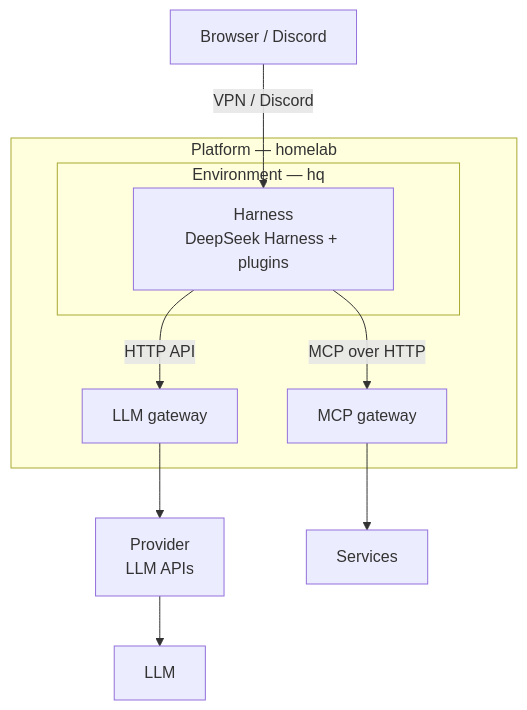
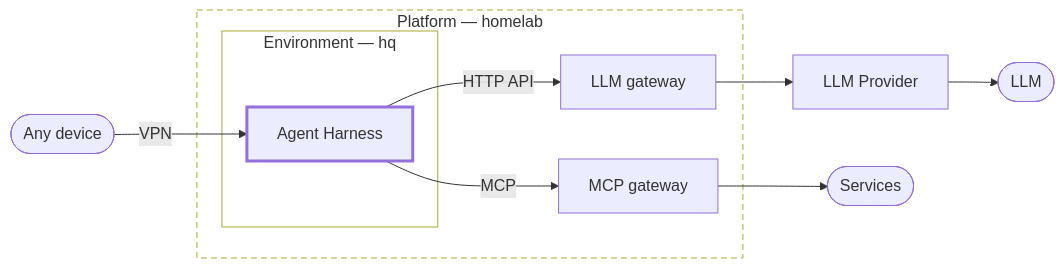
The diagram in README.en.md (shin-sakata/shin-sakata), drawn with Mermaid before and after one commit. The commit also changed 1 other file, not shown here.

Commit message:
Lay the profile diagram out horizontally with plainer labels
Flow left to right to cut the height, call the harness Agent Harness,
drop Discord from the client and its edge, and mark the harness as the
center of the diagram.

````diff
--- a/README.en.md
+++ b/README.en.md
@@ -31,20 +31,25 @@
 ```mermaid
-flowchart TB
-  client["Browser / Discord"]
+flowchart LR
+  client(["Any device"])
 
   subgraph platform["Platform — homelab"]
     subgraph env["Environment — hq"]
-      harness["Harness<br/>DeepSeek Harness + plugins"]
+      harness["Agent Harness"]
     end
     llmgw["LLM gateway"]
     mcp["MCP gateway"]
   end
 
-  provider["Provider<br/>LLM APIs"]
-  llm["LLM"]
-  tools["Services"]
+  provider["LLM Provider"]
+  llm(["LLM"])
+  tools(["Services"])
 
-  client -- "VPN / Discord" --> harness
+  client -- "VPN" --> harness
   harness -- "HTTP API" --> llmgw --> provider --> llm
-  harness -- "MCP over HTTP" --> mcp --> tools
+  harness -- "MCP" --> mcp --> tools
+
+  classDef core stroke-width:3px
+  class harness core
+  style platform fill:none,stroke-dasharray:6 4
+  style env fill:none
 ```
````
